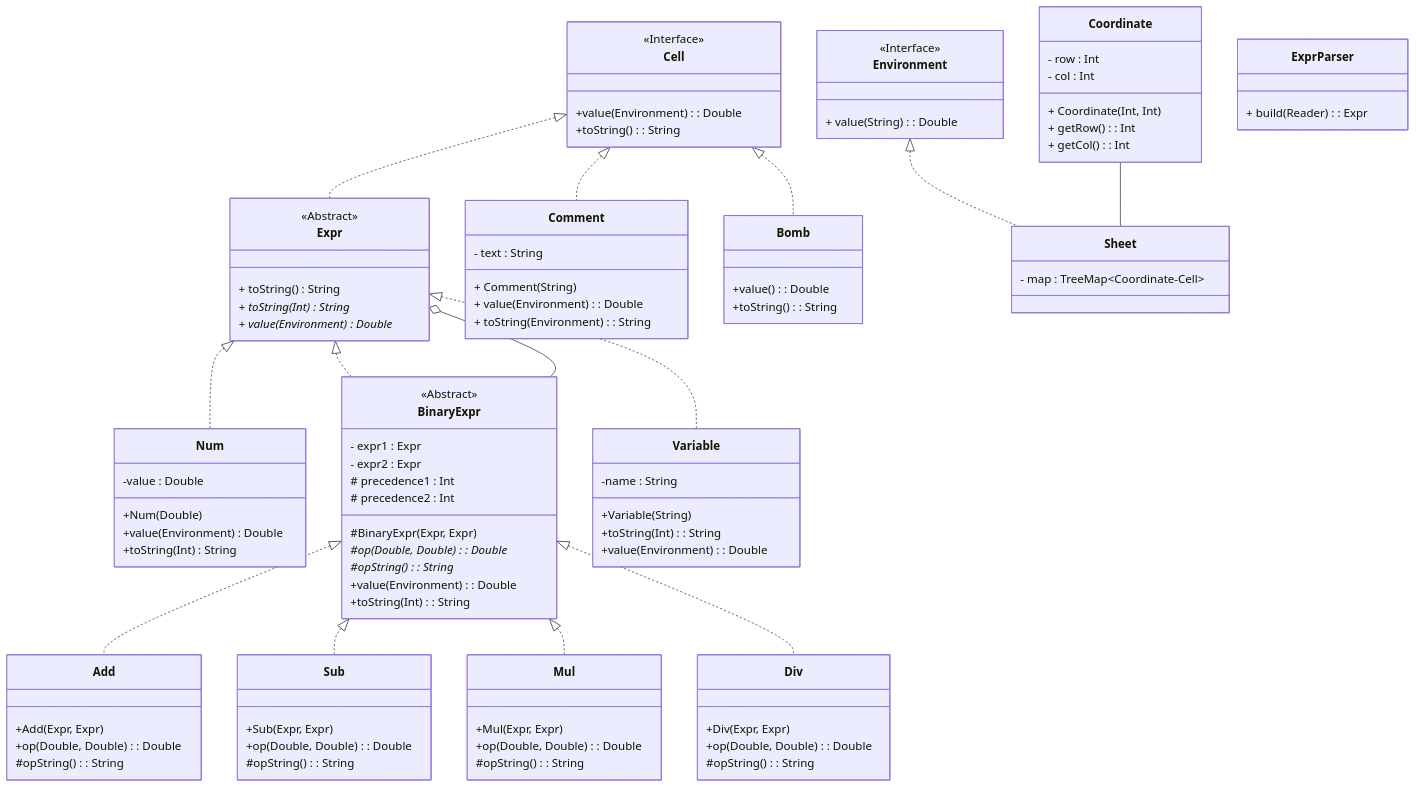
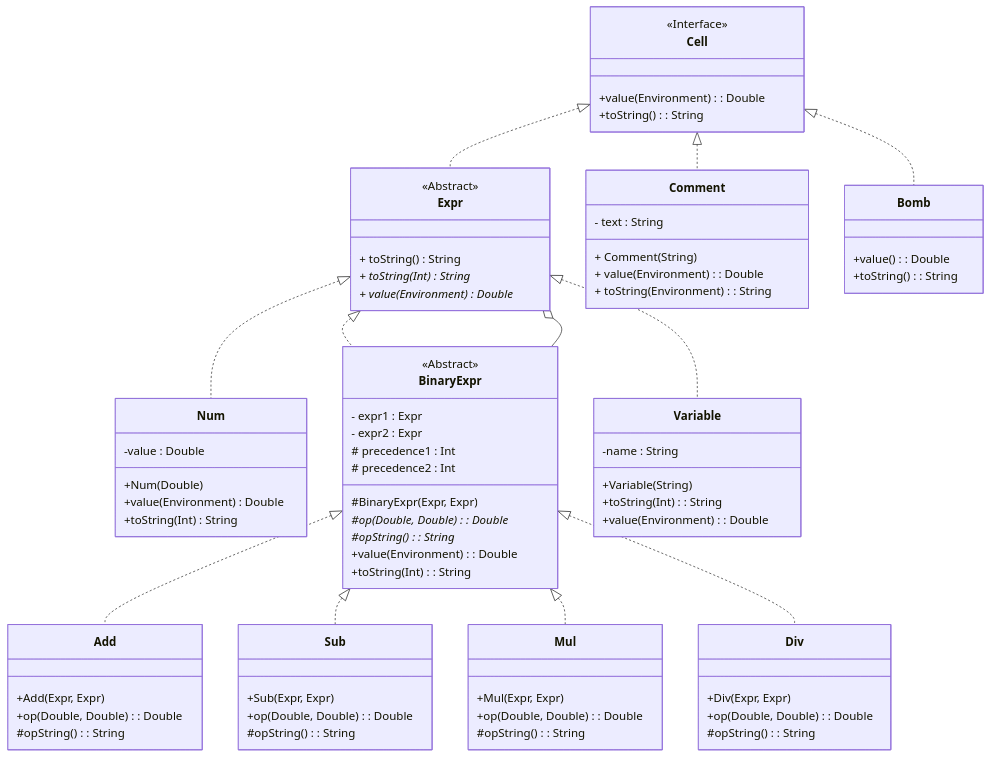
Before and after one commit to joelbengs/excel_application: the first of 2 diagrams in README.md, drawn with Mermaid. The commit also changed other lines of this file, not shown here.

Commit message:
Split UML diagram

```diff
--- a/README.md
+++ b/README.md
@@ -106,5 +108,6 @@
 ~~~mermaid
 classDiagram
+    
     class Cell {
         +value(Environment): Double
         +toString() : String
@@ -125,7 +128,6 @@
     Expr <|.. Num
     Expr <|.. BinaryExpr
     Expr <|.. Variable
-
     Expr o-- BinaryExpr
 
     class Num {
@@ -194,30 +196,4 @@
         +value() : Double
         +toString() : String
     }
-
-    class Environment{
-        + value(String) : Double
-    }
-    <<Interface>> Environment
-
-    class Sheet {
-        - map : TreeMap~Coordinate-Cell~
-    }
-
-    class Coordinate {
-        - row : Int
-        - col : Int
-        + Coordinate(Int, Int)
-        + getRow() : Int
-        + getCol() : Int
-    }
-
-    Environment <|.. Sheet
-
-    Coordinate -- Sheet
-
-    class ExprParser {
-        + build(Reader) : Expr
-    }
-
 ~~~
```
